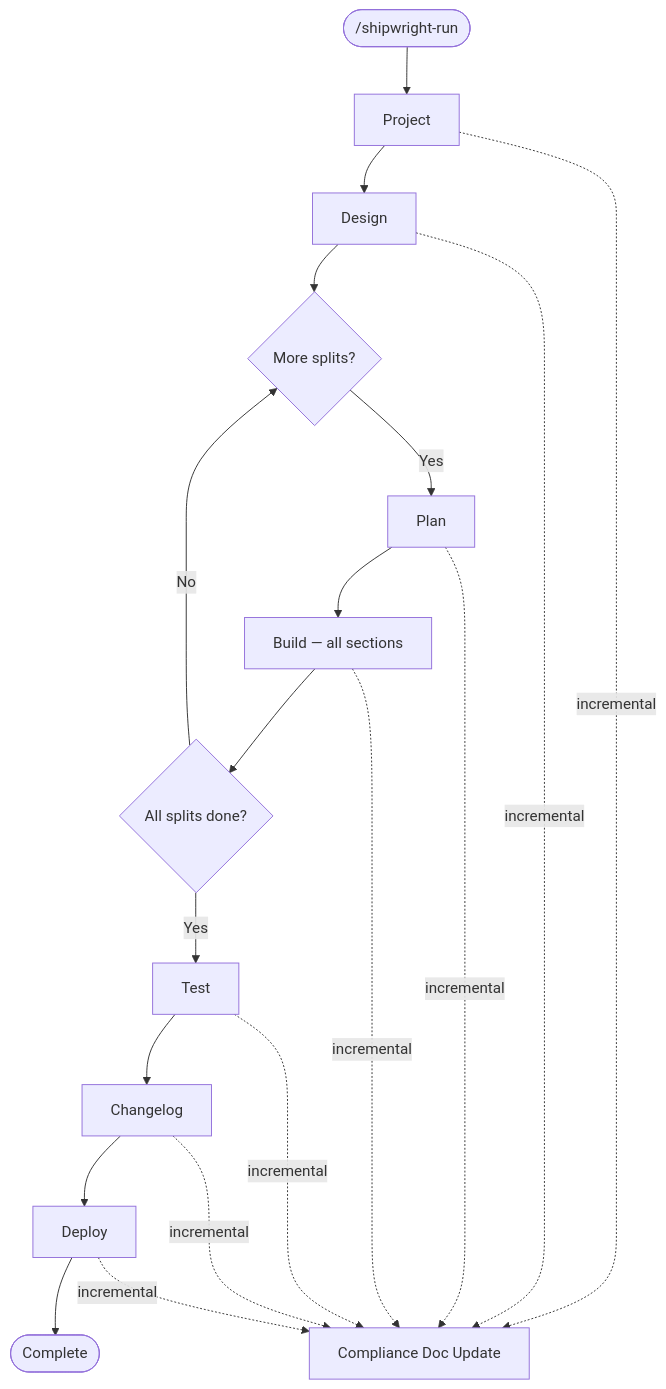
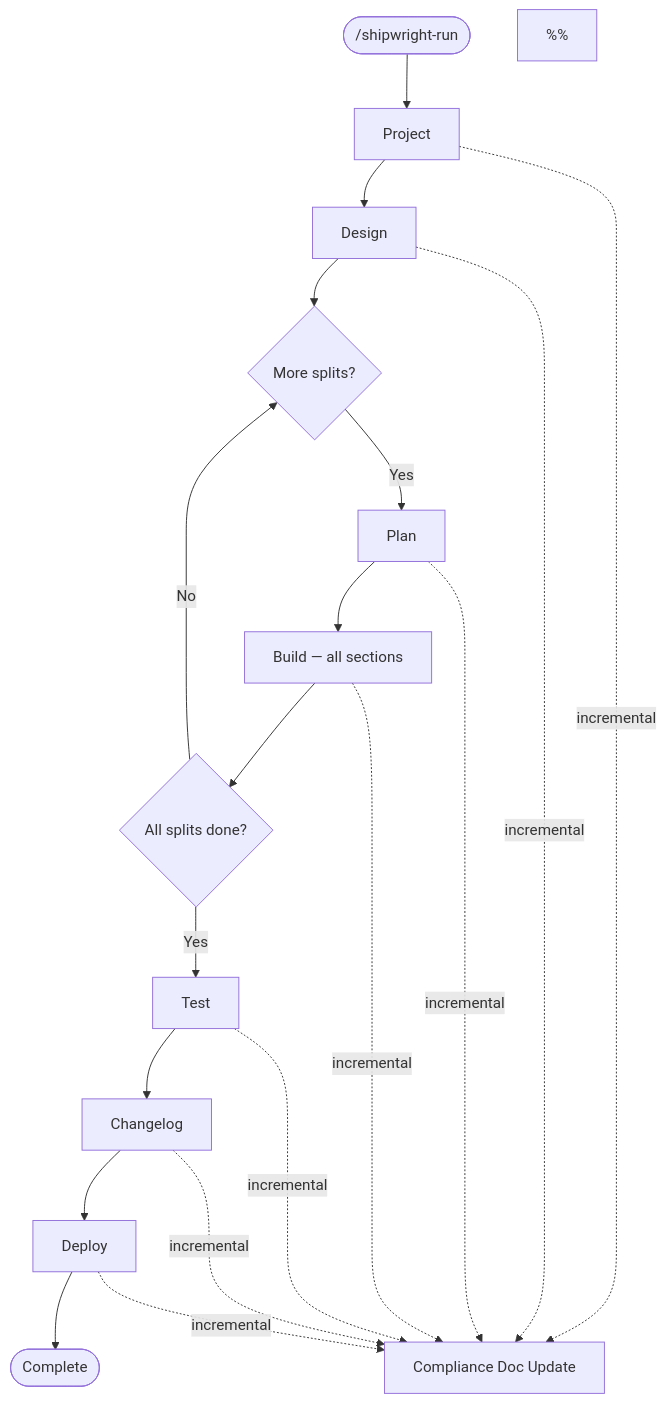
One commit to svenroth-ai/shipwright changed the diagram in docs/hooks-and-pipeline.md. Above: the diagram before and after it, drawn with Mermaid. The commit also changed other lines of this file and 28 other files, not shown here.

````diff
--- a/docs/hooks-and-pipeline.md
+++ b/docs/hooks-and-pipeline.md
@@ -11,34 +11,44 @@
 ```mermaid
 flowchart TD
     START([/shipwright-run]) --> PROJECT[Project]
     PROJECT --> DESIGN[Design]
     DESIGN --> PLAN_LOOP{More splits?}
 
     PLAN_LOOP -->|Yes| PLAN[Plan]
     PLAN --> BUILD[Build — all sections]
     BUILD --> SPLIT_CHECK{All splits done?}
     SPLIT_CHECK -->|No| PLAN_LOOP
     SPLIT_CHECK -->|Yes| TEST[Test]
 
     TEST --> CHANGELOG[Changelog]
     CHANGELOG --> DEPLOY[Deploy]
     DEPLOY --> DONE([Complete])
 
     %% Out-of-band skills (NOT part of the orchestrator pipeline since
     %% iterate `sec-report-and-orchestrator-decouple`, 2026-04):
     %%   - /shipwright-security  → manual after test, or .github/workflows/security.yml
     %%   - /shipwright-compliance → on-demand detective audit (run_audit.py)
     %% Both are documented below; neither is auto-inserted by the state machine.
 
     %% Side-effects (dashed) — auto-background compliance doc update
     %% (plan v7 Option Z: compliance is no longer a pipeline phase; it
     %% fires as a non-blocking side effect after every completed phase.
     %% Detective audit runs on demand via /shipwright-compliance).
+    %%
+    %% Iterate 2026-05-23 (compliance-md-single-producer): the auto-
+    %% background regen from generate_handoff_on_stop.py was REMOVED.
+    %% Iterate-finalize remains the sole producer of tracked MDs; the
+    %% snapshot-provenance audit (audit_staleness) compares on-disk to
+    %% the last iterate-finalize commit (Run-ID: trailer + diff-filter
+    %% on .shipwright/compliance/). Pipeline phase-completion hooks
+    %% still trigger update_compliance.py for project/design/plan/build/
+    %% test/changelog/deploy — those are explicit phase-side regens, not
+    %% the Stop-hook drive-by.
     PROJECT -.->|incremental| COMP_INC[Compliance Doc Update]
     DESIGN -.->|incremental| COMP_INC
     PLAN -.->|incremental| COMP_INC
     BUILD -.->|incremental| COMP_INC
     TEST -.->|incremental| COMP_INC
     CHANGELOG -.->|incremental| COMP_INC
     DEPLOY -.->|incremental| COMP_INC
 ```
````
